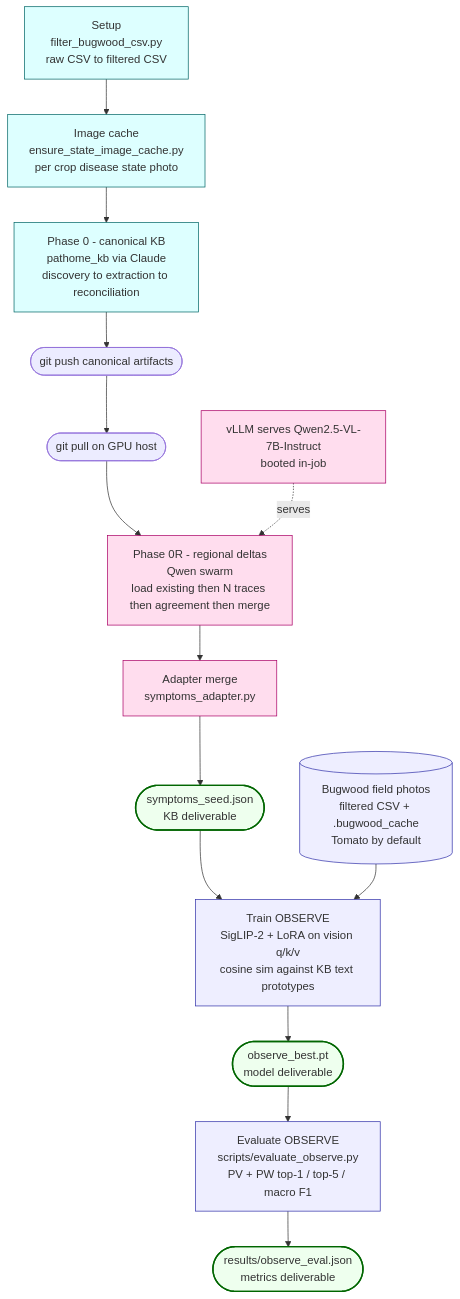
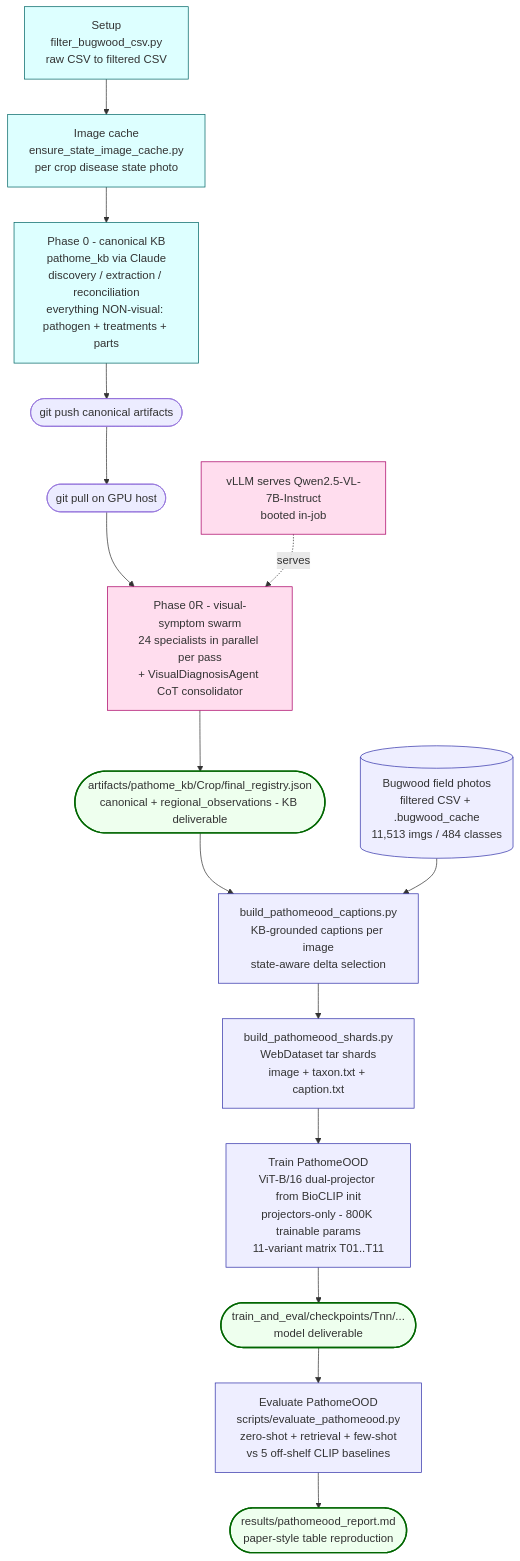
The first of 5 diagrams in FLOW.md (tirtho149/PRESAGE), drawn with Mermaid before and after one commit. The commit also changed other lines of this file and 1 other file, not shown here.

First line of the commit message:
FLOW.md: add swarm animation GIF + redraw §3b for 24-specialist visual swarm + rewrite §4 for PathomeOOD + clean stale OBSERVE refs

````diff
--- a/FLOW.md
+++ b/FLOW.md
@@ -27,33 +28,34 @@
 ```mermaid
 flowchart TD
     SETUP[Setup<br/>filter_bugwood_csv.py<br/>raw CSV to filtered CSV]
     CACHE[Image cache<br/>ensure_state_image_cache.py<br/>per crop disease state photo]
-    P0[Phase 0 - canonical KB<br/>pathome_kb via Claude<br/>discovery to extraction to reconciliation]
+    P0[Phase 0 - canonical KB<br/>pathome_kb via Claude<br/>discovery / extraction / reconciliation<br/>everything NON-visual: pathogen + treatments + parts]
     PUSH([git push canonical artifacts])
     PULL([git pull on GPU host])
     VLLM[vLLM serves Qwen2.5-VL-7B-Instruct<br/>booted in-job]
-    P0R[Phase 0R - regional deltas<br/>Qwen swarm<br/>load existing then N traces then agreement then merge]
-    ADAPT[Adapter merge<br/>symptoms_adapter.py]
-    SEED([symptoms_seed.json<br/>KB deliverable])
-    BUGWOOD[(Bugwood field photos<br/>filtered CSV + .bugwood_cache<br/>Tomato by default)]
-    TRAIN[Train OBSERVE<br/>SigLIP-2 + LoRA on vision q/k/v<br/>cosine sim against KB text prototypes]
-    CKPT([observe_best.pt<br/>model deliverable])
-    EVAL[Evaluate OBSERVE<br/>scripts/evaluate_observe.py<br/>PV + PW top-1 / top-5 / macro F1]
-    METRICS([results/observe_eval.json<br/>metrics deliverable])
+    P0R[Phase 0R - visual-symptom swarm<br/>24 specialists in parallel per pass<br/>+ VisualDiagnosisAgent CoT consolidator]
+    REG([artifacts/pathome_kb/Crop/final_registry.json<br/>canonical + regional_observations - KB deliverable])
+    BUGWOOD[(Bugwood field photos<br/>filtered CSV + .bugwood_cache<br/>11,513 imgs / 484 classes)]
+    CAP[build_pathomeood_captions.py<br/>KB-grounded captions per image<br/>state-aware delta selection]
+    SH[build_pathomeood_shards.py<br/>WebDataset tar shards<br/>image + taxon.txt + caption.txt]
+    TRAIN[Train PathomeOOD<br/>ViT-B/16 dual-projector from BioCLIP init<br/>projectors-only - 800K trainable params<br/>11-variant matrix T01..T11]
+    CKPT([train_and_eval/checkpoints/Tnn/...<br/>model deliverable])
+    EVAL[Evaluate PathomeOOD<br/>scripts/evaluate_pathomeood.py<br/>zero-shot + retrieval + few-shot<br/>vs 5 off-shelf CLIP baselines]
+    METRICS([results/pathomeood_report.md<br/>paper-style table reproduction])
 
     SETUP --> CACHE --> P0
     P0 --> PUSH --> PULL --> P0R
-    VLLM -.serves.-> P0R --> ADAPT --> SEED
-    SEED --> TRAIN
-    BUGWOOD --> TRAIN --> CKPT
-    CKPT --> EVAL --> METRICS
+    VLLM -.serves.-> P0R --> REG
+    REG --> CAP
+    BUGWOOD --> CAP --> SH --> TRAIN
+    TRAIN --> CKPT --> EVAL --> METRICS
 
     classDef local fill:#dff,stroke:#066,stroke-width:1px
     classDef gpu fill:#fde,stroke:#a06,stroke-width:1px
     classDef student fill:#eef,stroke:#33a,stroke-width:1px
     classDef terminal fill:#efe,stroke:#060,stroke-width:2px
     class SETUP,CACHE,P0 local
-    class VLLM,P0R,ADAPT gpu
-    class BUGWOOD,TRAIN,EVAL student
-    class SEED,CKPT,METRICS terminal
+    class VLLM,P0R gpu
+    class BUGWOOD,CAP,SH,TRAIN,EVAL student
+    class REG,CKPT,METRICS terminal
 ```
````
